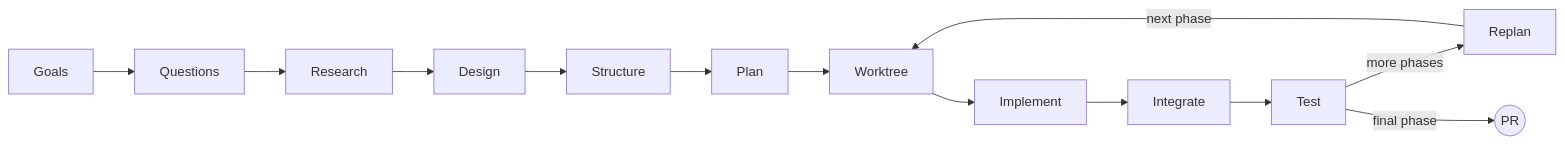
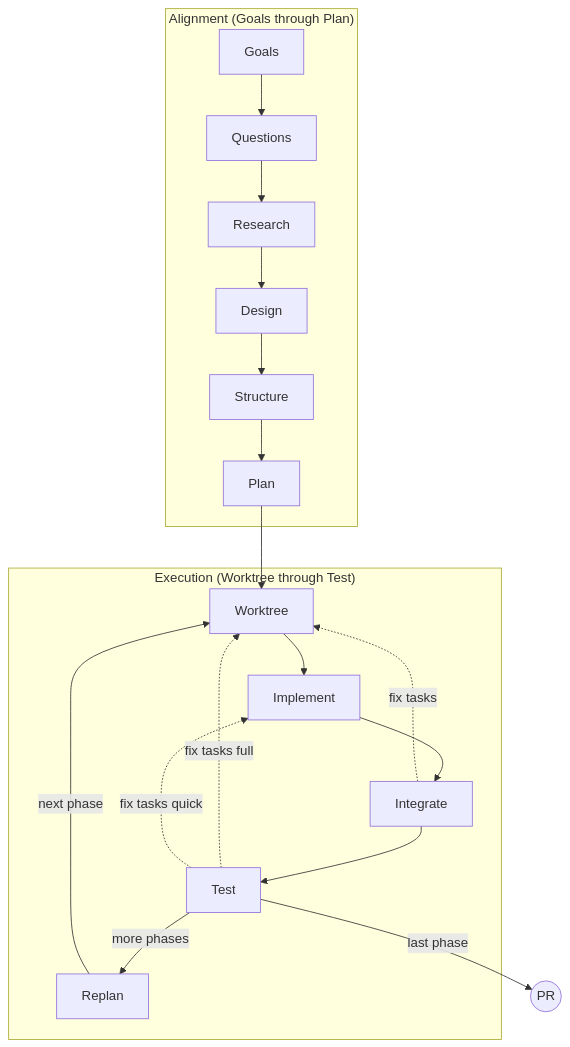
The first of 13 diagrams in README.md (dfrysinger/qrspi-plus), drawn with Mermaid before and after one commit. The commit also changed other lines of this file, not shown here.

Commit message:
docs: add 13 Mermaid diagrams — pipeline architecture, process flows, review patterns, parallelization

````diff
--- a/README.md
+++ b/README.md
@@ -11,15 +11,22 @@
 ```mermaid
-flowchart LR
-    G[Goals] --> Q[Questions]
-    Q --> R[Research]
-    R --> D[Design]
-    D --> S[Structure]
-    S --> P[Plan]
-    P --> W[Worktree]
-    W --> I[Implement]
-    I --> Int[Integrate]
-    Int --> T[Test]
-    T -->|more phases| Re[Replan]
-    Re -->|next phase| W
-    T -->|final phase| PR((PR))
+flowchart TD
+    subgraph alignment["Alignment (Goals through Plan)"]
+        Goals[Goals] --> Questions[Questions]
+        Questions --> Research[Research]
+        Research --> Design[Design]
+        Design --> Structure[Structure]
+        Structure --> Plan[Plan]
+    end
+    subgraph execution["Execution (Worktree through Test)"]
+        Worktree[Worktree] --> Implement[Implement]
+        Implement --> Integrate[Integrate]
+        Integrate --> Test[Test]
+        Test -->|more phases| Replan[Replan]
+        Replan -->|next phase| Worktree
+    end
+    Plan --> Worktree
+    Test -->|last phase| PR((PR))
+    Integrate -.->|fix tasks| Worktree
+    Test -.->|fix tasks full| Worktree
+    Test -.->|fix tasks quick| Implement
 ```
````
